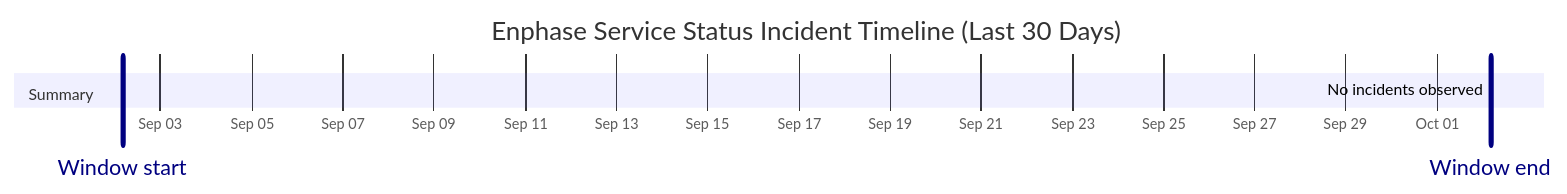
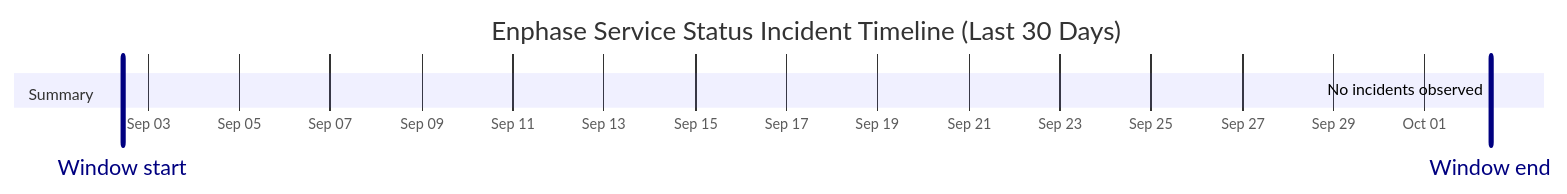
The diagram in wiki/Service-Status-History.md (barneyonline/ha-enphase-energy), drawn with Mermaid before and after one commit. The commit also changed other lines of this file and 3 other files, not shown here.

````diff
--- a/wiki/Service-Status-History.md
+++ b/wiki/Service-Status-History.md
@@ -14,10 +14,10 @@
 ```mermaid
 gantt
     title Enphase Service Status Incident Timeline (Last 30 Days)
     dateFormat  YYYY-MM-DDTHH:mm:ss
     axisFormat  %b %d
-    Window start :vert, window-start, 2026-09-02T04:09:23, 0ms
-    Window end :vert, window-end, 2026-10-02T04:09:23, 0ms
+    Window start :vert, window-start, 2026-09-02T10:38:21, 0ms
+    Window end :vert, window-end, 2026-10-02T10:38:21, 0ms
     section Summary
-    No incidents observed :done, 2026-10-02T04:09:23, 1m
+    No incidents observed :done, 2026-10-02T10:38:21, 1m
 ```
````
